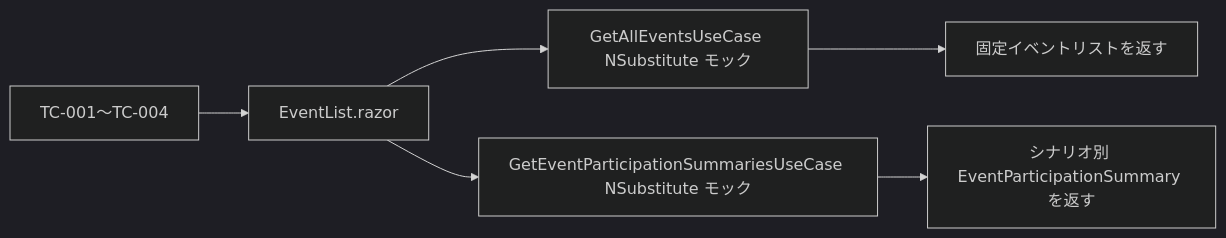
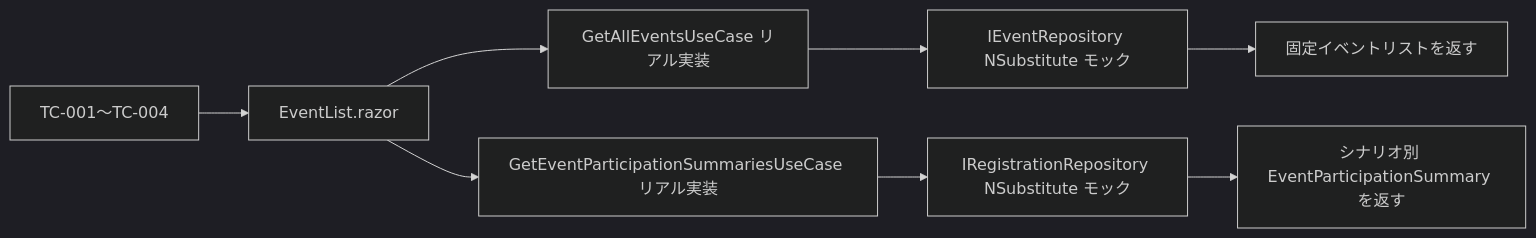
The first of 2 diagrams in docs/tests/web-component-tests.md (runceel/202605-visualstudio-githubcopilot-handson), drawn with Mermaid (dark theme) before and after one commit. The commit also changed other lines of this file and 1 other file, not shown here.

````diff
--- a/docs/tests/web-component-tests.md
+++ b/docs/tests/web-component-tests.md
@@ -91,8 +91,10 @@
 ```mermaid
 graph LR
     A[TC-001〜TC-004] --> B[EventList.razor]
-    B --> C[GetAllEventsUseCase NSubstitute モック]
-    B --> D[GetEventParticipationSummariesUseCase NSubstitute モック]
-    C --> E[固定イベントリストを返す]
-    D --> F[シナリオ別 EventParticipationSummary を返す]
+    B --> C[GetAllEventsUseCase リアル実装]
+    B --> D[GetEventParticipationSummariesUseCase リアル実装]
+    C --> E[IEventRepository NSubstitute モック]
+    D --> F[IRegistrationRepository NSubstitute モック]
+    E --> G[固定イベントリストを返す]
+    F --> H[シナリオ別 EventParticipationSummary を返す]
 ```
````
